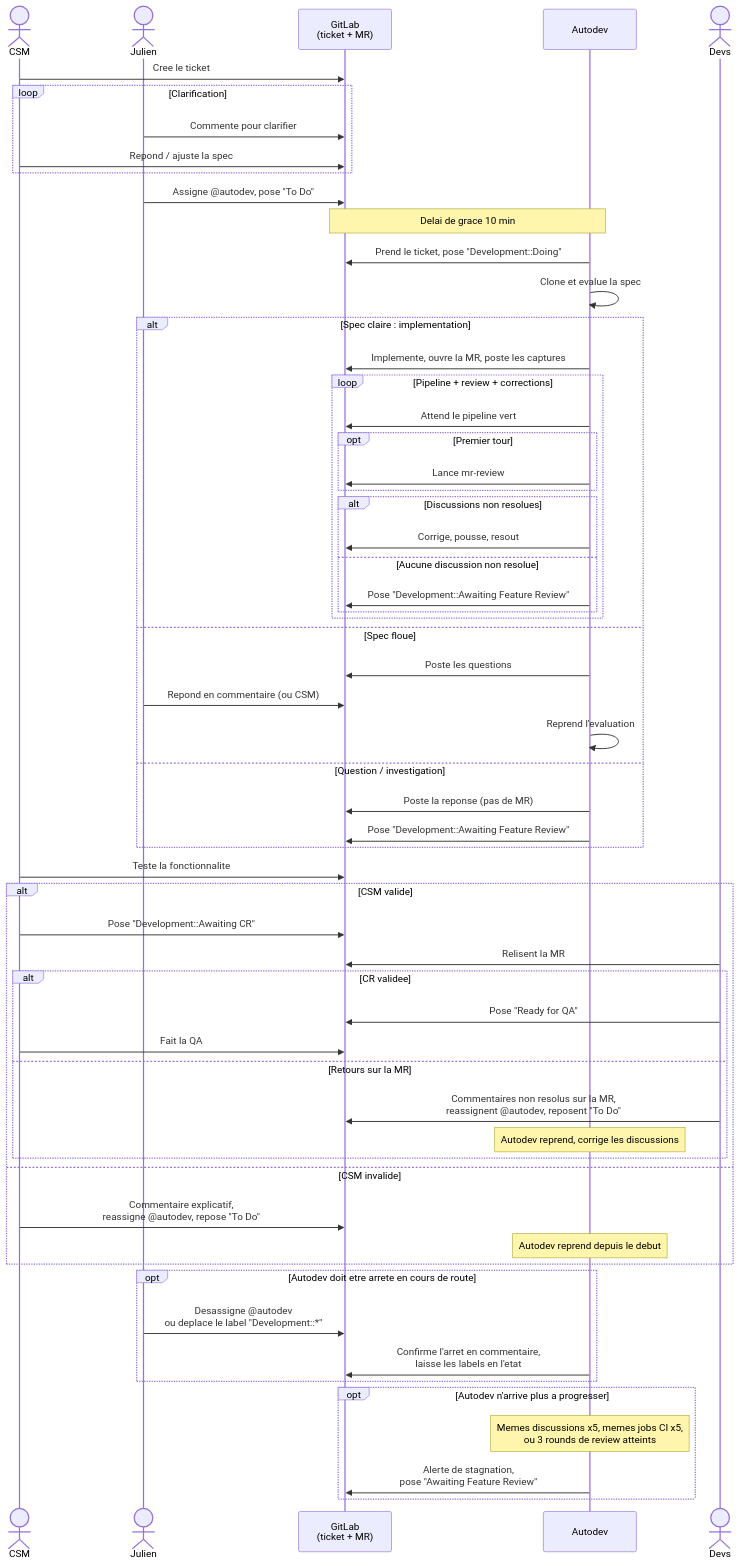
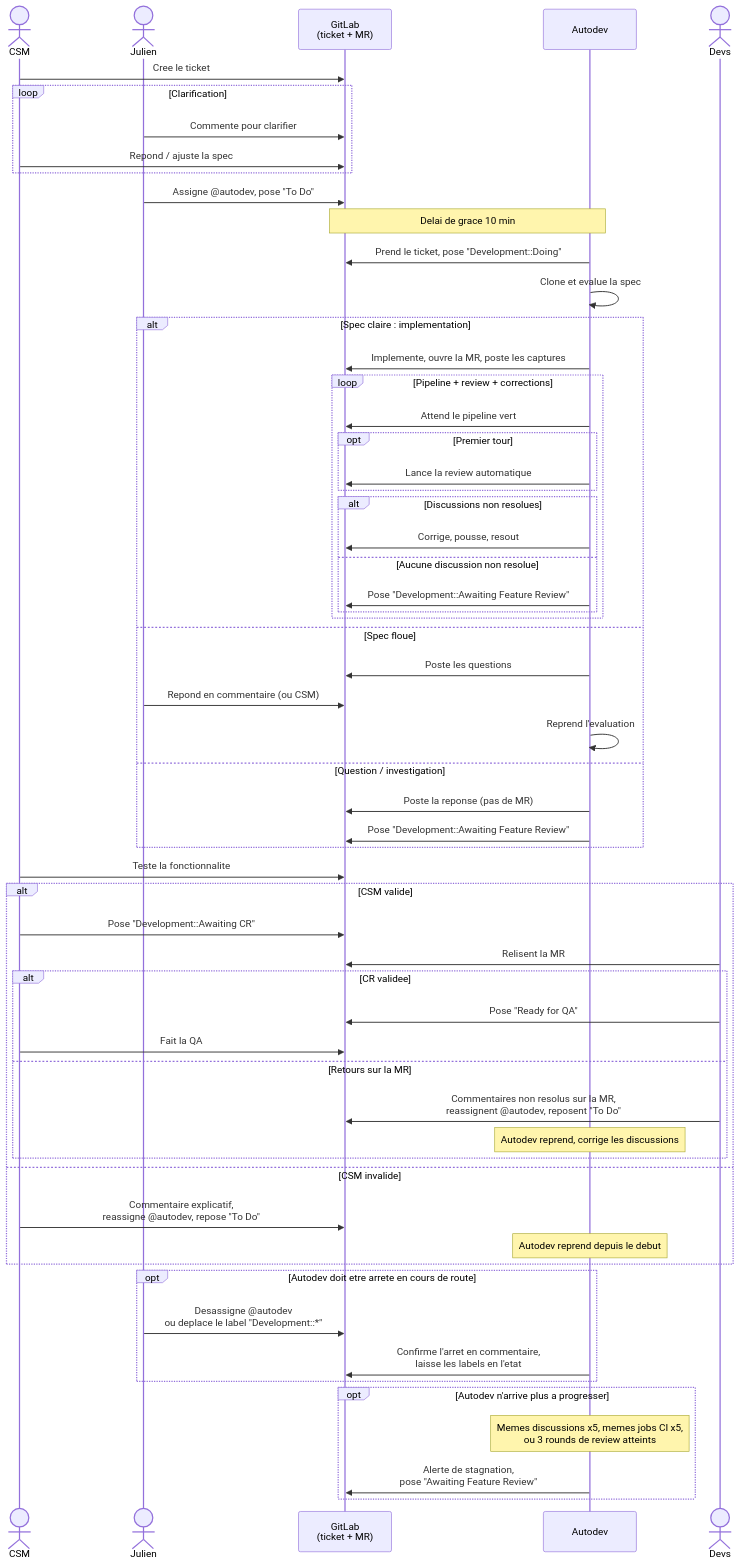
The diagram in docs/powerpanne-lifecycle.md (moduloTech/autodev), drawn with Mermaid before and after one commit. The commit also changed other lines of this file and 5 other files, not shown here.

````diff
--- a/docs/powerpanne-lifecycle.md
+++ b/docs/powerpanne-lifecycle.md
@@ -169,67 +169,67 @@
 ```{.mermaid format=svg}
 sequenceDiagram
     actor CSM
     actor Julien
     participant GL as GitLab<br/>(ticket + MR)
     participant AD as Autodev
     actor Devs
 
     CSM->>GL: Cree le ticket
     loop Clarification
         Julien->>GL: Commente pour clarifier
         CSM->>GL: Repond / ajuste la spec
     end
     Julien->>GL: Assigne @autodev, pose "To Do"
 
     Note over GL,AD: Delai de grace 10 min
     AD->>GL: Prend le ticket, pose "Development::Doing"
     AD->>AD: Clone et evalue la spec
 
     alt Spec claire : implementation
         AD->>GL: Implemente, ouvre la MR, poste les captures
         loop Pipeline + review + corrections
             AD->>GL: Attend le pipeline vert
             opt Premier tour
-                AD->>GL: Lance mr-review
+                AD->>GL: Lance la review automatique
             end
             alt Discussions non resolues
                 AD->>GL: Corrige, pousse, resout
             else Aucune discussion non resolue
                 AD->>GL: Pose "Development::Awaiting Feature Review"
             end
         end
     else Spec floue
         AD->>GL: Poste les questions
         Julien->>GL: Repond en commentaire (ou CSM)
         AD->>AD: Reprend l'evaluation
     else Question / investigation
         AD->>GL: Poste la reponse (pas de MR)
         AD->>GL: Pose "Development::Awaiting Feature Review"
     end
 
     CSM->>GL: Teste la fonctionnalite
     alt CSM valide
         CSM->>GL: Pose "Development::Awaiting CR"
         Devs->>GL: Relisent la MR
         alt CR validee
             Devs->>GL: Pose "Ready for QA"
             CSM->>GL: Fait la QA
         else Retours sur la MR
             Devs->>GL: Commentaires non resolus sur la MR,<br/>reassignent @autodev, reposent "To Do"
             Note over AD: Autodev reprend, corrige les discussions
         end
     else CSM invalide
         CSM->>GL: Commentaire explicatif,<br/>reassigne @autodev, repose "To Do"
         Note over AD: Autodev reprend depuis le debut
     end
 
     opt Autodev doit etre arrete en cours de route
         Julien->>GL: Desassigne @autodev<br/>ou deplace le label "Development::*"
         AD->>GL: Confirme l'arret en commentaire,<br/>laisse les labels en l'etat
     end
 
     opt Autodev n'arrive plus a progresser
         Note over AD: Memes discussions x5, memes jobs CI x5,<br/>ou 3 rounds de review atteints
         AD->>GL: Alerte de stagnation,<br/>pose "Awaiting Feature Review"
     end
 ```
````
